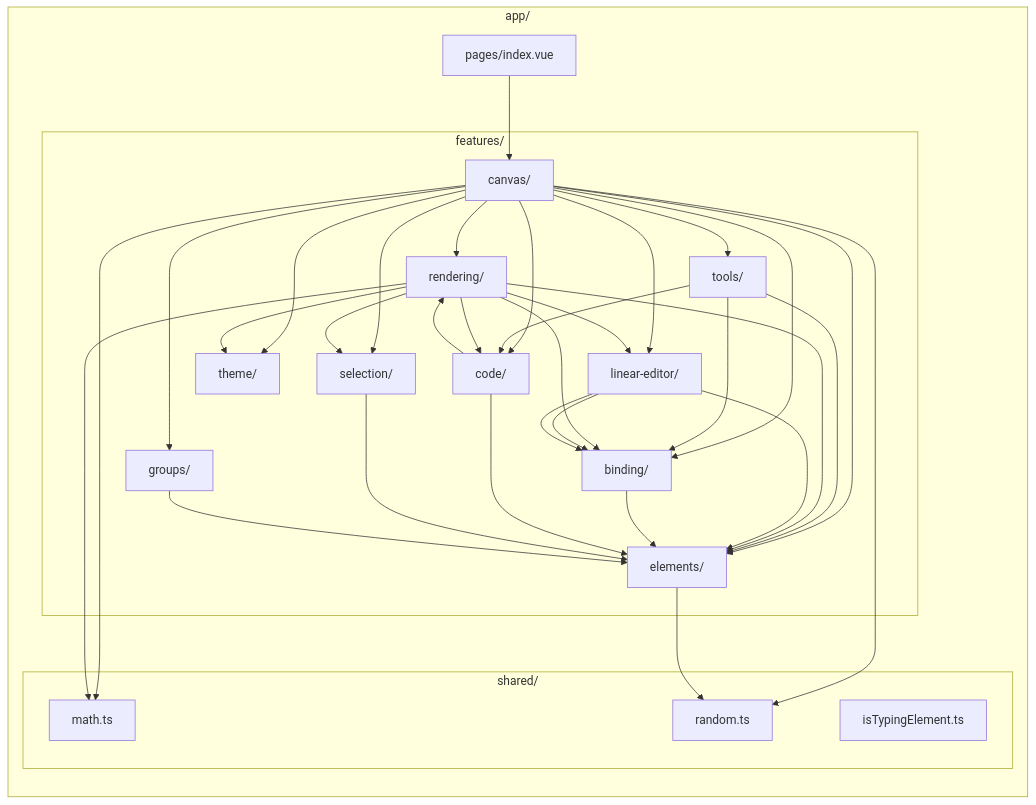
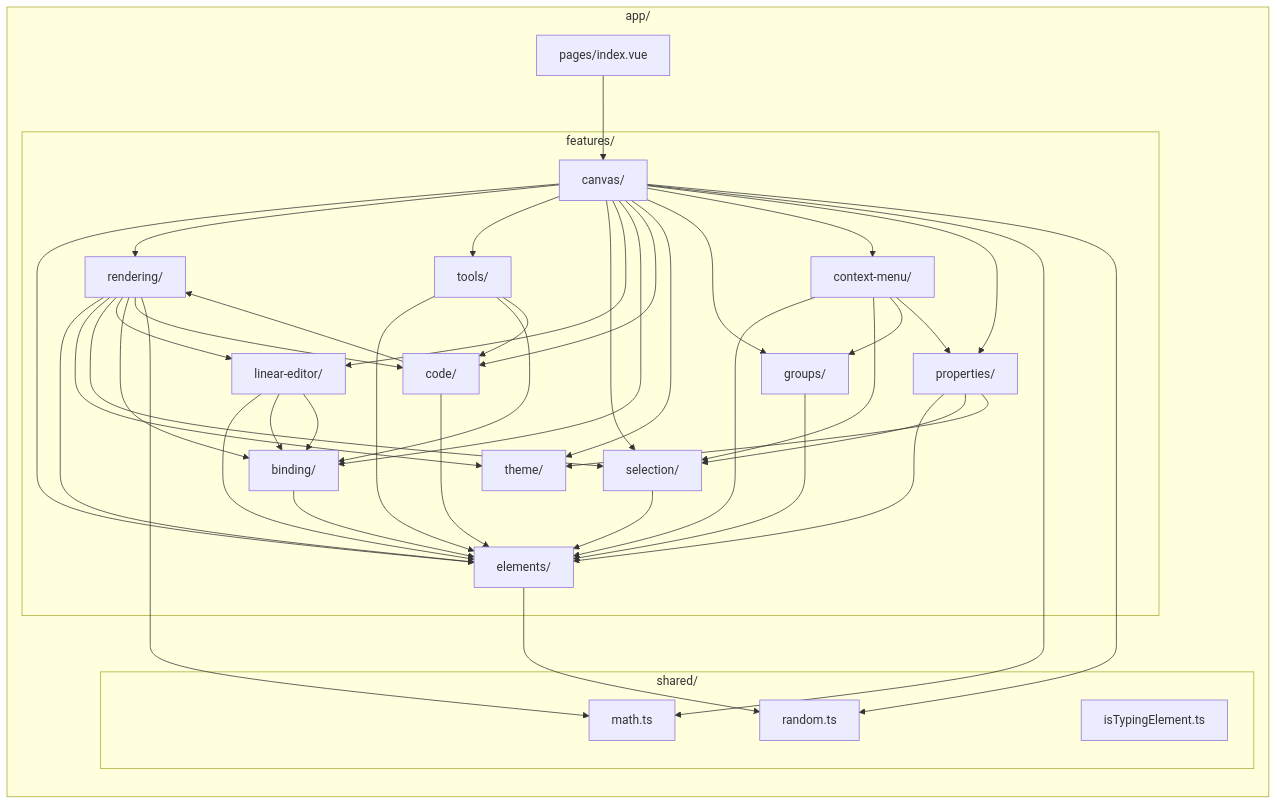
The diagram in docs/diagrams/feature-architecture.md (alexanderop/excalidrawNuxt), drawn with Mermaid before and after one commit. The commit also changed other lines of this file and 31 other files, not shown here.

First line of the commit message:
feat(canvas): add context menu and properties panel

````diff
--- a/docs/diagrams/feature-architecture.md
+++ b/docs/diagrams/feature-architecture.md
@@ -5,55 +5,66 @@
 ```mermaid
 graph LR
     subgraph "app/"
         Pages[pages/index.vue]
         subgraph "features/"
             Canvas[canvas/]
+            ContextMenu[context-menu/]
             Elements[elements/]
+            Properties[properties/]
             Rendering[rendering/]
             Tools[tools/]
             Selection[selection/]
             LinearEditor[linear-editor/]
             Binding[binding/]
             Code[code/]
             Theme[theme/]
             Groups[groups/]
         end
         subgraph "shared/"
             Math[math.ts]
             Random[random.ts]
             IsTyping[isTypingElement.ts]
         end
     end
 
     Pages --> Canvas
     Canvas --> Elements
     Canvas --> Rendering
     Canvas --> Tools
     Canvas --> Selection
     Canvas --> LinearEditor
     Canvas --> Binding
     Canvas --> Code
     Canvas --> Theme
     Canvas --> Groups
+    Canvas --> ContextMenu
+    Canvas --> Properties
+    ContextMenu --> Elements
+    ContextMenu --> Selection
+    ContextMenu --> Groups
+    ContextMenu --> Properties
+    Properties --> Elements
+    Properties --> Selection
+    Properties --> Theme
     Tools --> Elements
     Tools --> Binding
     Tools --> Code
     Rendering --> Elements
     Rendering --> Theme
     Rendering --> Selection
     Rendering --> LinearEditor
     Rendering --> Binding
     Rendering --> Code
     LinearEditor --> Elements
     LinearEditor --> Binding
     Binding --> Elements
     Code --> Elements
     Code --> Rendering
     LinearEditor --> Binding
     Selection --> Elements
     Groups --> Elements
     Canvas --> Math
     Canvas --> Random
     Elements --> Random
     Rendering --> Math
 ```
````
